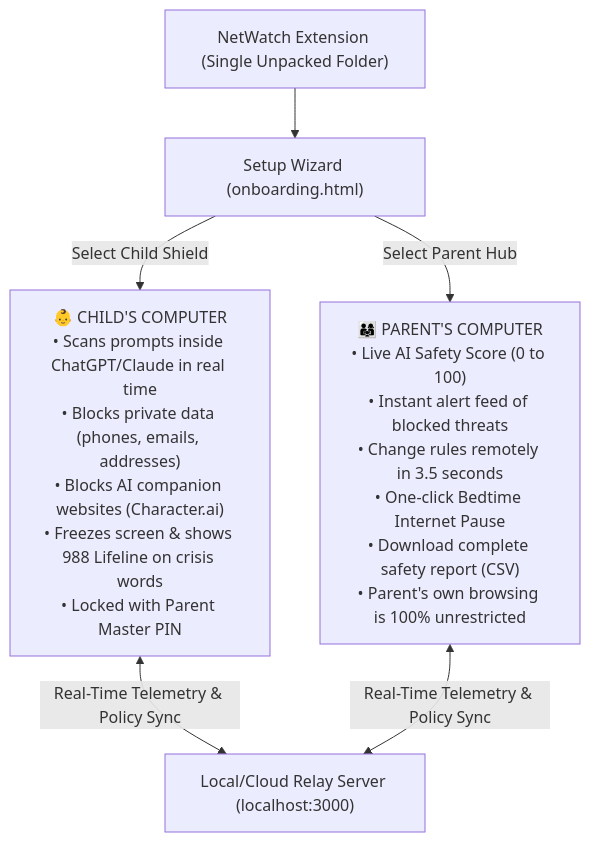
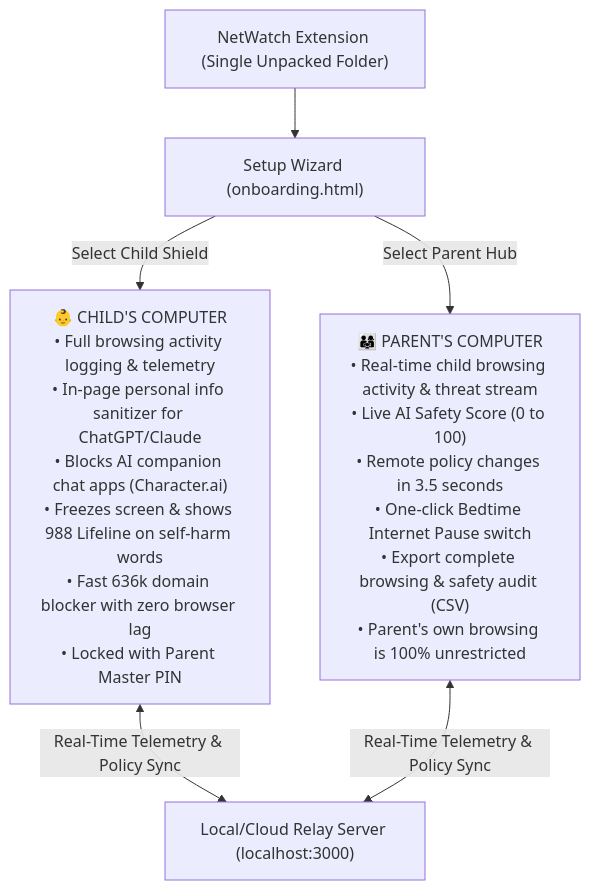
Before and after one commit to rohityin/NetWatch: the diagram in DEVPOST_SUBMISSION.md, drawn with Mermaid. The commit also changed other lines of this file and 8 other files, not shown here.

Commit message:
feat(ai-shield): harden ChatGPT prompt interception, expand PII detection, and add demo testbed

````diff
--- a/DEVPOST_SUBMISSION.md
+++ b/DEVPOST_SUBMISSION.md
@@ -46,9 +43,9 @@
 ```mermaid
 flowchart TD
     EXT["NetWatch Extension (Single Unpacked Folder)"] --> WIZARD["Setup Wizard (onboarding.html)"]
-    WIZARD -->|Select Child Shield| CHILD["👶 CHILD'S COMPUTER<br/>• Scans prompts inside ChatGPT/Claude in real time<br/>• Blocks private data (phones, emails, addresses)<br/>• Blocks AI companion websites (Character.ai)<br/>• Freezes screen & shows 988 Lifeline on crisis words<br/>• Locked with Parent Master PIN"]
-    WIZARD -->|Select Parent Hub| PARENT["👨‍👩‍👧 PARENT'S COMPUTER<br/>• Live AI Safety Score (0 to 100)<br/>• Instant alert feed of blocked threats<br/>• Change rules remotely in 3.5 seconds<br/>• One-click Bedtime Internet Pause<br/>• Download complete safety report (CSV)<br/>• Parent's own browsing is 100% unrestricted"]
+    WIZARD -->|Select Child Shield| CHILD["👶 CHILD'S COMPUTER<br/>• Full browsing activity logging & telemetry<br/>• In-page personal info sanitizer for ChatGPT/Claude<br/>• Blocks AI companion chat apps (Character.ai)<br/>• Freezes screen & shows 988 Lifeline on self-harm words<br/>• Fast 636k domain blocker with zero browser lag<br/>• Locked with Parent Master PIN"]
+    WIZARD -->|Select Parent Hub| PARENT["👨‍👩‍👧 PARENT'S COMPUTER<br/>• Real-time child browsing activity & threat stream<br/>• Live AI Safety Score (0 to 100)<br/>• Remote policy changes in 3.5 seconds<br/>• One-click Bedtime Internet Pause switch<br/>• Export complete browsing & safety audit (CSV)<br/>• Parent's own browsing is 100% unrestricted"]
 
     CHILD <-->|Real-Time Telemetry & Policy Sync| RELAY["Local/Cloud Relay Server (localhost:3000)"]
     PARENT <-->|Real-Time Telemetry & Policy Sync| RELAY
 ```
````
